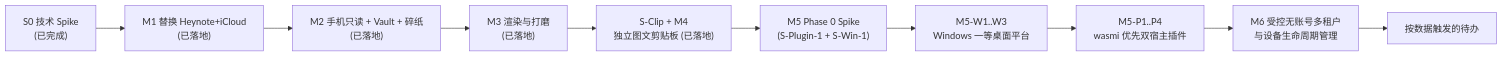
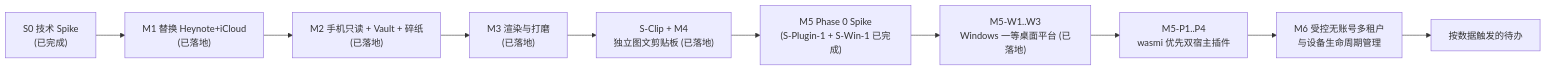
The eighth of 8 diagrams in docs/architecture-proposal.md (gray0128/my-note), drawn with Mermaid before and after one commit. The commit also changed other lines of this file and 11 other files, not shown here.

````diff
--- a/docs/architecture-proposal.md
+++ b/docs/architecture-proposal.md
@@ -795,12 +795,12 @@
 ```mermaid
 flowchart LR
     S0["S0 技术 Spike<br/>(已完成)"] --> M1["M1 替换 Heynote+iCloud<br/>(已落地)"]
     M1 --> M2["M2 手机只读 + Vault + 碎纸<br/>(已落地)"]
     M2 --> M3["M3 渲染与打磨<br/>(已落地)"]
     M3 --> SC["S-Clip + M4<br/>独立图文剪贴板 (已落地)"]
-    SC --> SP["M5 Phase 0 Spike<br/>(S-Plugin-1 + S-Win-1)"]
-    SP --> M5W["M5-W1..W3<br/>Windows 一等桌面平台"]
+    SC --> SP["M5 Phase 0 Spike<br/>(S-Plugin-1 + S-Win-1 已完成)"]
+    SP --> M5W["M5-W1..W3<br/>Windows 一等桌面平台 (已落地)"]
     M5W --> M5P["M5-P1..P4<br/>wasmi 优先双宿主插件"]
     M5P --> M6["M6 受控无账号多租户<br/>与设备生命周期管理"]
     M6 --> T["按数据触发的待办"]
 ```
````
